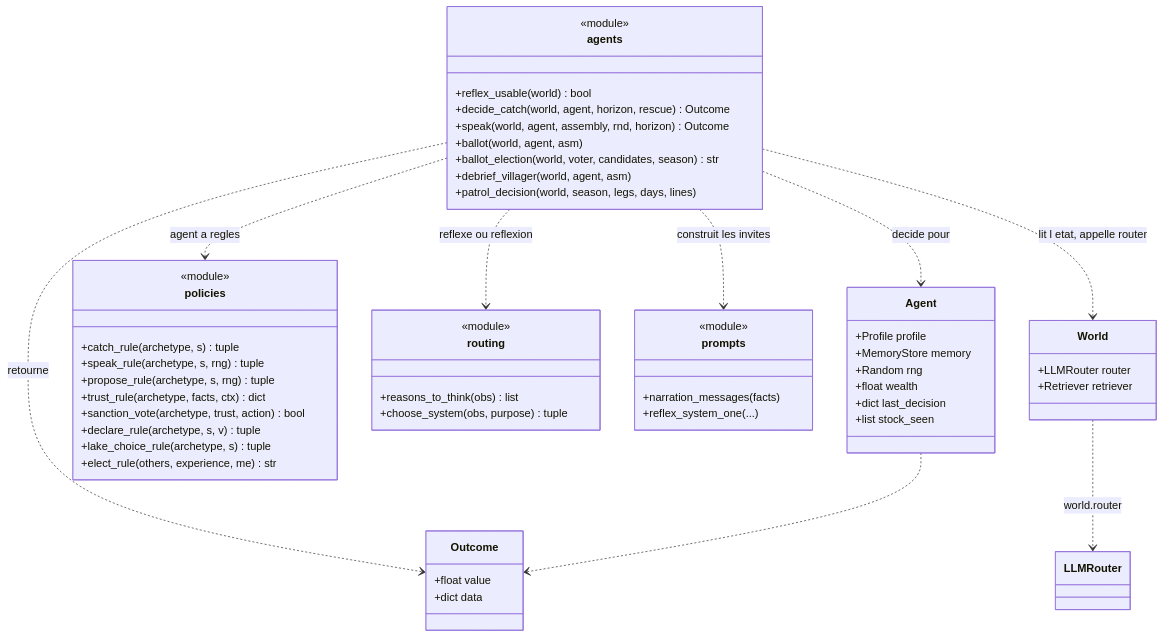
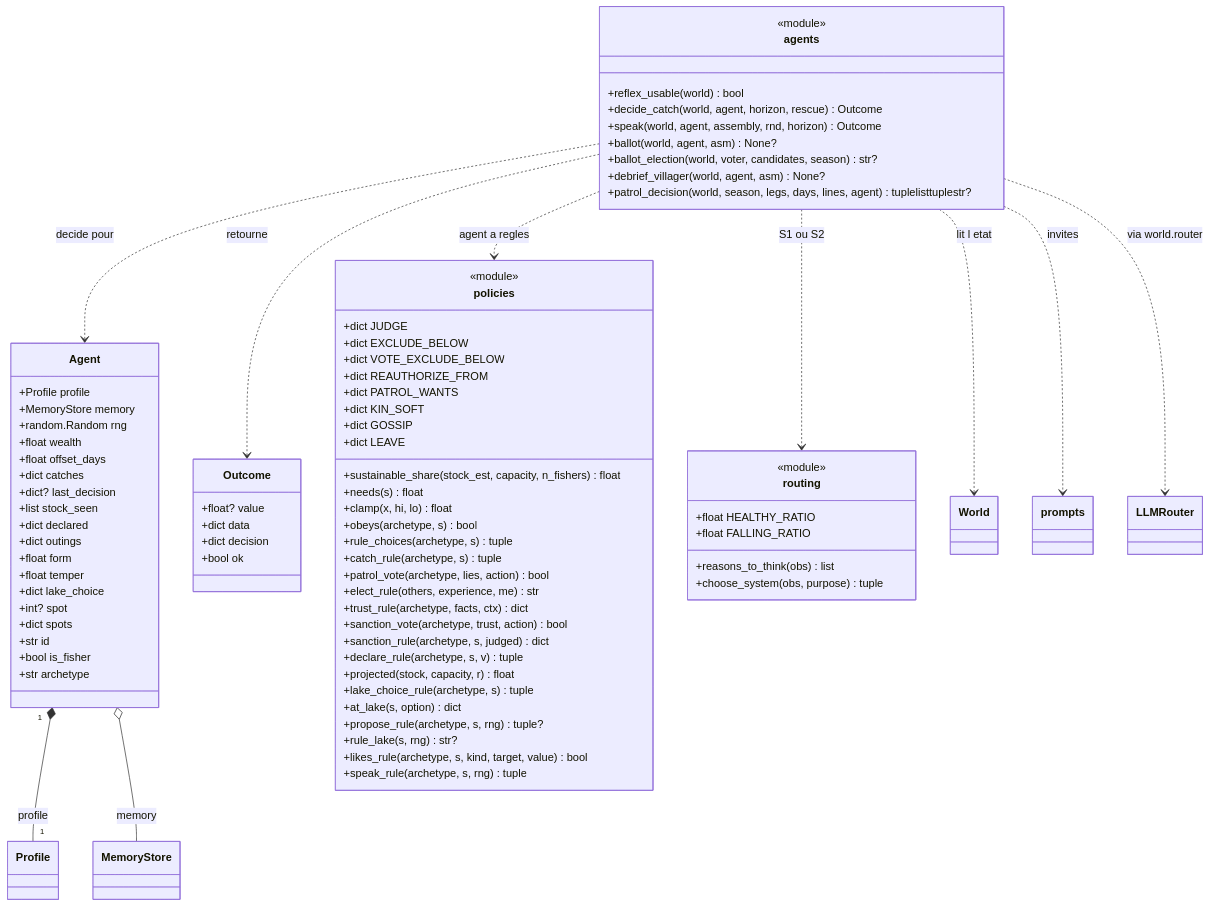
One commit to Romain-LM-Dev/Projet-Parcours---Filets-de-Vellmor changed the first of 5 diagrams in docs/uml/classes-decisions.md. Above: the diagram before and after it, drawn with Mermaid. The commit also changed other lines of this file and 11 other files, not shown here.

Commit message:
Docs : diagrammes UML complets (97 : chaque classe avec tous ses attributs et méthodes, World et WorldView en vues par domaine, 8 scénarios en séquence et en communication, ~95 cas d'utilisation) ; index dans le README ; PDF régénéré (125 pages) et son script docs/uml/build_pdf.py

````diff
--- a/docs/uml/classes-decisions.md
+++ b/docs/uml/classes-decisions.md
@@ -17,56 +16,86 @@
         +reflex_usable(world) bool
         +decide_catch(world, agent, horizon, rescue) Outcome
         +speak(world, agent, assembly, rnd, horizon) Outcome
-        +ballot(world, agent, asm)
-        +ballot_election(world, voter, candidates, season) str
-        +debrief_villager(world, agent, asm)
-        +patrol_decision(world, season, legs, days, lines)
-    }
-    class Outcome {
-        +float value
-        +dict data
+        +ballot(world, agent, asm) None?
+        +ballot_election(world, voter, candidates, season) str?
+        +debrief_villager(world, agent, asm) None?
+        +patrol_decision(world, season, legs, days, lines, agent) tuplelisttuplestr?
     }
     class Agent {
         +Profile profile
         +MemoryStore memory
-        +Random rng
+        +random.Random rng
         +float wealth
-        +dict last_decision
+        +float offset_days
+        +dict catches
+        +dict? last_decision
         +list stock_seen
+        +dict declared
+        +dict outings
+        +float form
+        +float temper
+        +dict lake_choice
+        +int? spot
+        +dict spots
+        +str id
+        +bool is_fisher
+        +str archetype
+    }
+    class Outcome {
+        +float? value
+        +dict data
+        +dict decision
+        +bool ok
     }
     class policies {
         <<module>>
+        +dict JUDGE
+        +dict EXCLUDE_BELOW
+        +dict VOTE_EXCLUDE_BELOW
+        +dict REAUTHORIZE_FROM
+        +dict PATROL_WANTS
+        +dict KIN_SOFT
+        +dict GOSSIP
+        +dict LEAVE
+        +sustainable_share(stock_est, capacity, n_fishers) float
+        +needs(s) float
+        +clamp(x, hi, lo) float
+        +obeys(archetype, s) bool
+        +rule_choices(archetype, s) tuple
         +catch_rule(archetype, s) tuple
-        +speak_rule(archetype, s, rng) tuple
-        +propose_rule(archetype, s, rng) tuple
+        +patrol_vote(archetype, lies, action) bool
+        +elect_rule(others, experience, me) str
         +trust_rule(archetype, facts, ctx) dict
         +sanction_vote(archetype, trust, action) bool
+        +sanction_rule(archetype, s, judged) dict
         +declare_rule(archetype, s, v) tuple
+        +projected(stock, capacity, r) float
         +lake_choice_rule(archetype, s) tuple
-        +elect_rule(others, experience, me) str
+        +at_lake(s, option) dict
+        +propose_rule(archetype, s, rng) tuple?
+        +rule_lake(s, rng) str?
+        +likes_rule(archetype, s, kind, target, value) bool
+        +speak_rule(archetype, s, rng) tuple
     }
     class routing {
         <<module>>
+        +float HEALTHY_RATIO
+        +float FALLING_RATIO
         +reasons_to_think(obs) list
         +choose_system(obs, purpose) tuple
     }
-    class prompts {
-        <<module>>
-        +narration_messages(facts)
-        +reflex_system_one(...)
-    }
-    class World {
-        +LLMRouter router
-        +Retriever retriever
-    }
+    class World
+    class Profile
+    class MemoryStore
+    class prompts
     class LLMRouter
-
     agents ..> Agent : decide pour
     agents ..> Outcome : retourne
     agents ..> policies : agent a regles
-    agents ..> routing : reflexe ou reflexion
-    agents ..> prompts : construit les invites
-    agents ..> World : lit l etat, appelle router
-    World ..> LLMRouter : world.router
-    Agent ..> Outcome
+    agents ..> routing : S1 ou S2
+    agents ..> prompts : invites
+    agents ..> World : lit l etat
+    agents ..> LLMRouter : via world.router
+    Agent "1" *-- "1" Profile : profile
+    Agent o-- MemoryStore : memory
 ```
````
